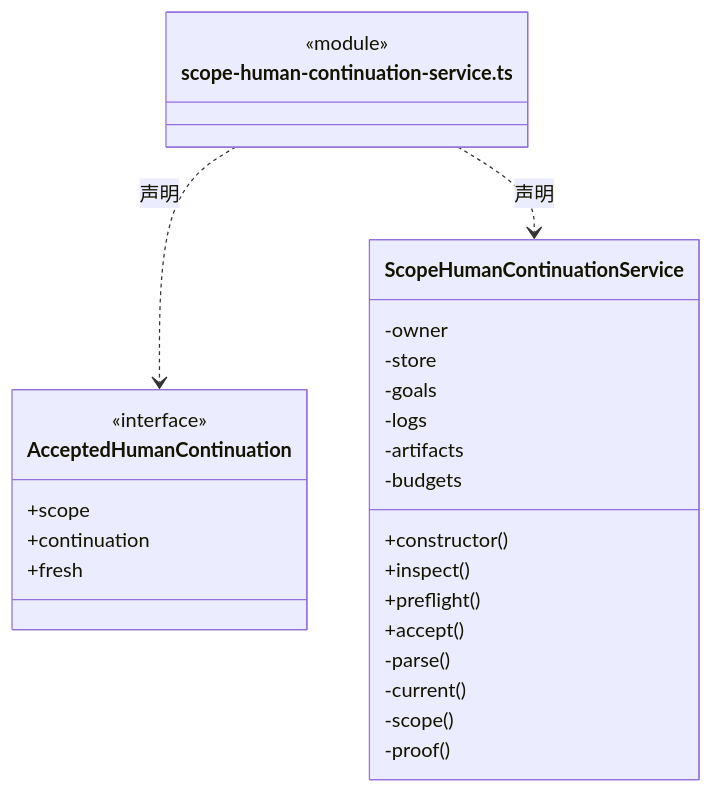
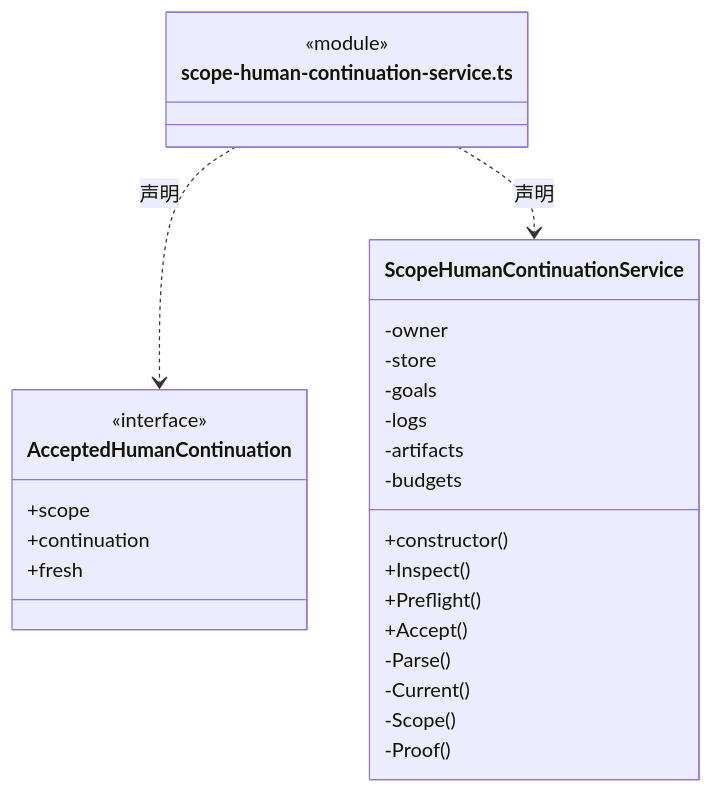
Before and after one commit to nan023062/cbim: diagram 14 of 25 in src/logic/tasks/runtime/ARCHITECTURE.md, drawn with Mermaid. The commit also changed other lines of this file and 1035 other files, not shown here.

````diff
--- a/src/logic/tasks/runtime/ARCHITECTURE.md
+++ b/src/logic/tasks/runtime/ARCHITECTURE.md
@@ -350,30 +350,30 @@
 ```mermaid
 classDiagram
 class N_src_logic_tasks_runtime_scope_human_continuation_service_ts["scope-human-continuation-service.ts"] {
   <<module>>
 }
 class N_src_logic_tasks_runtime_scope_human_continuation_service_ts_AcceptedHumanContinuation["AcceptedHumanContinuation"] {
   <<interface>>
   +scope
   +continuation
   +fresh
 }
 N_src_logic_tasks_runtime_scope_human_continuation_service_ts ..> N_src_logic_tasks_runtime_scope_human_continuation_service_ts_AcceptedHumanContinuation : 声明
 class N_src_logic_tasks_runtime_scope_human_continuation_service_ts_ScopeHumanContinuationService["ScopeHumanContinuationService"] {
   +constructor()
-  +inspect()
-  +preflight()
-  +accept()
+  +Inspect()
+  +Preflight()
+  +Accept()
   -owner
   -store
   -goals
   -logs
   -artifacts
   -budgets
-  -parse()
-  -current()
-  -scope()
-  -proof()
+  -Parse()
+  -Current()
+  -Scope()
+  -Proof()
 }
 N_src_logic_tasks_runtime_scope_human_continuation_service_ts ..> N_src_logic_tasks_runtime_scope_human_continuation_service_ts_ScopeHumanContinuationService : 声明
 ```
````
